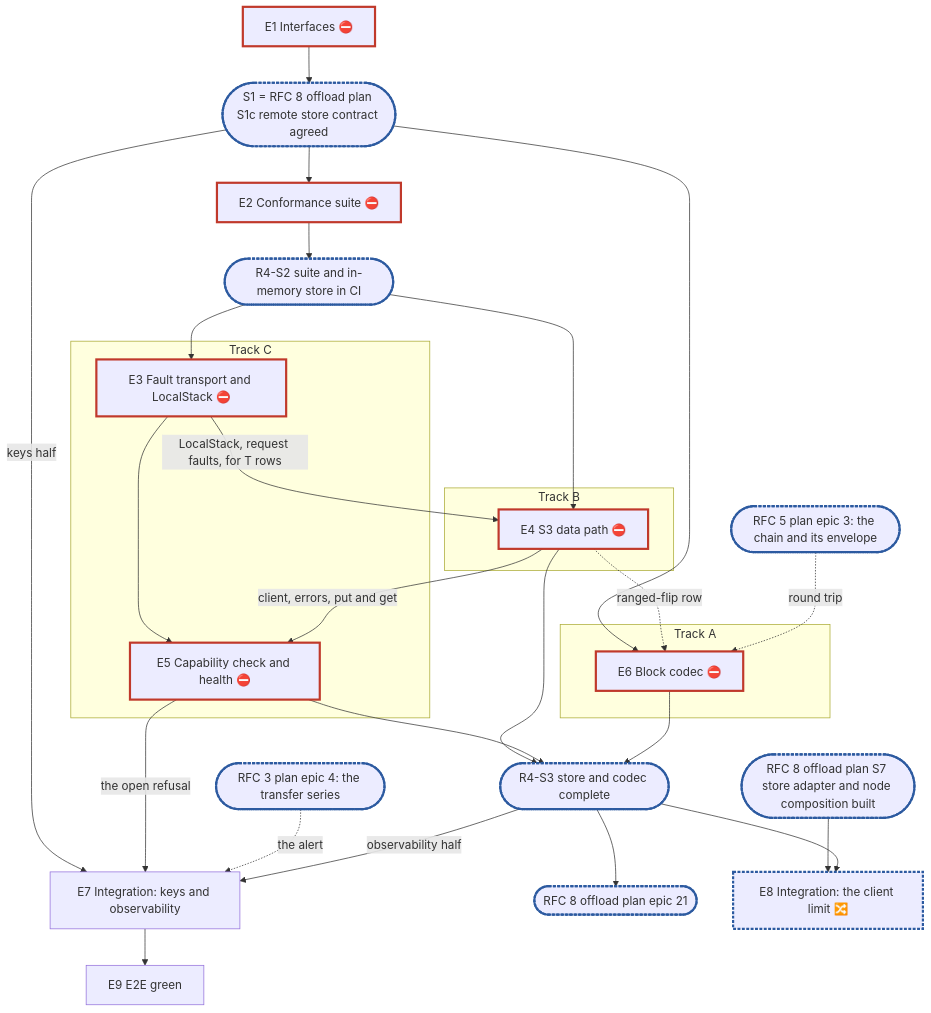
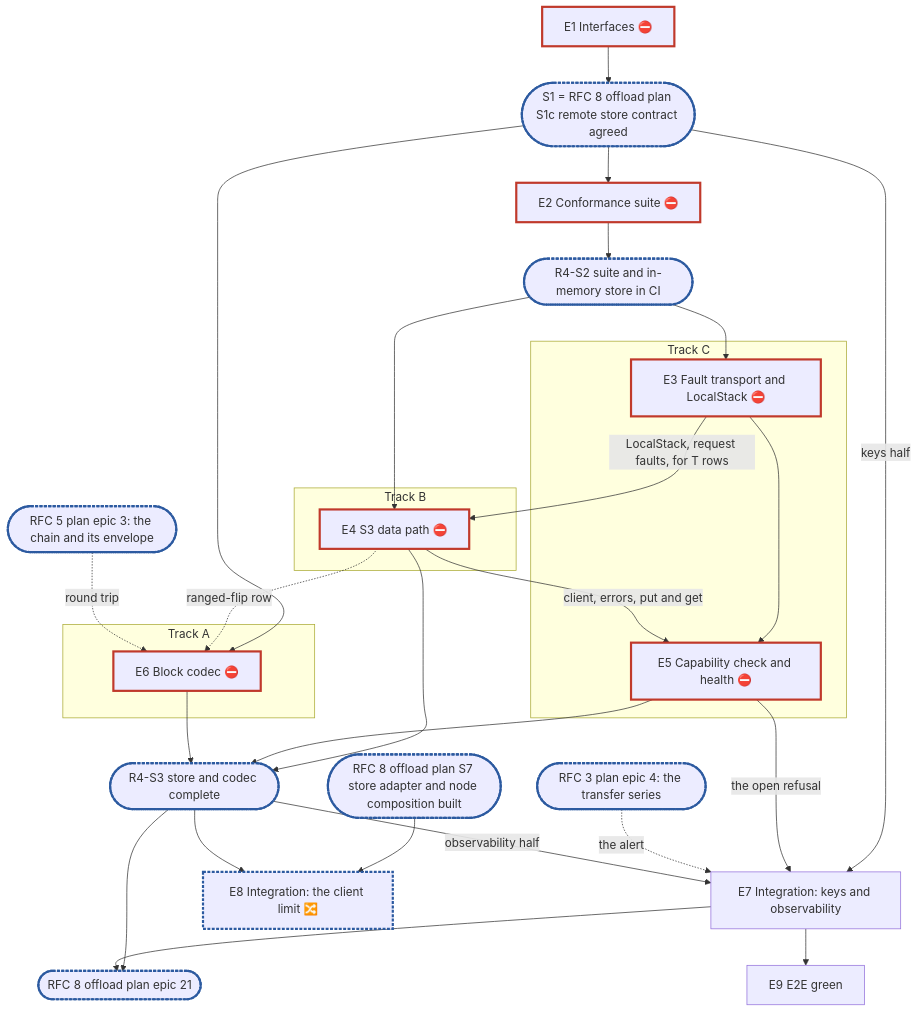
One commit to cubbit/dittofs changed the diagram in .planning/rfc-4-remote-tier-plan.md. Above: the diagram before and after it, drawn with Mermaid. The commit also changed other lines of this file and 1 other file, not shown here.

````diff
--- a/.planning/rfc-4-remote-tier-plan.md
+++ b/.planning/rfc-4-remote-tier-plan.md
@@ -379,31 +379,32 @@
 ```mermaid
 flowchart TD
   E1["E1 Interfaces ⛔"]:::blocker --> S1(["S1 = RFC 8 offload plan S1c remote store contract agreed"]):::sync
   S1 --> E2["E2 Conformance suite ⛔"]:::blocker --> RS2(["R4-S2 suite and in-memory store in CI"]):::sync
   subgraph A["Track A"]
     E6["E6 Block codec ⛔"]:::blocker
   end
   subgraph B["Track B"]
     E4["E4 S3 data path ⛔"]:::blocker
   end
   subgraph C["Track C"]
     E3["E3 Fault transport and LocalStack ⛔"]:::blocker --> E5["E5 Capability check and health ⛔"]:::blocker
   end
   RS2 --> E3 & E4
   S1 --> E6
   E4 -. "ranged-flip row" .-> E6
   R5(["RFC 5 plan epic 3: the chain and its envelope"]):::sync -. "round trip" .-> E6
   E3 -- "LocalStack, request faults, for T rows" --> E4
   E4 -- "client, errors, put and get" --> E5
   S1 -- "keys half" --> E7["E7 Integration: keys and observability"]
   E5 -- "the open refusal" --> E7
   R3(["RFC 3 plan epic 4: the transfer series"]):::sync -. "the alert" .-> E7
   E4 & E5 & E6 --> RS3(["R4-S3 store and codec complete"]):::sync
   RS3 -- "observability half" --> E7
   RS3 --> R8(["RFC 8 offload plan epic 21"]):::sync
+  E7 --> R8
   S7(["RFC 8 offload plan S7 store adapter and node composition built"]):::sync --> E8["E8 Integration: the client limit 🔀"]:::sync
   RS3 --> E8
   E7 --> E9["E9 E2E green"]
   classDef blocker stroke:#c0392b,stroke-width:3px
   classDef sync stroke:#2c5aa0,stroke-width:3px,stroke-dasharray:4 2
 ```
````
